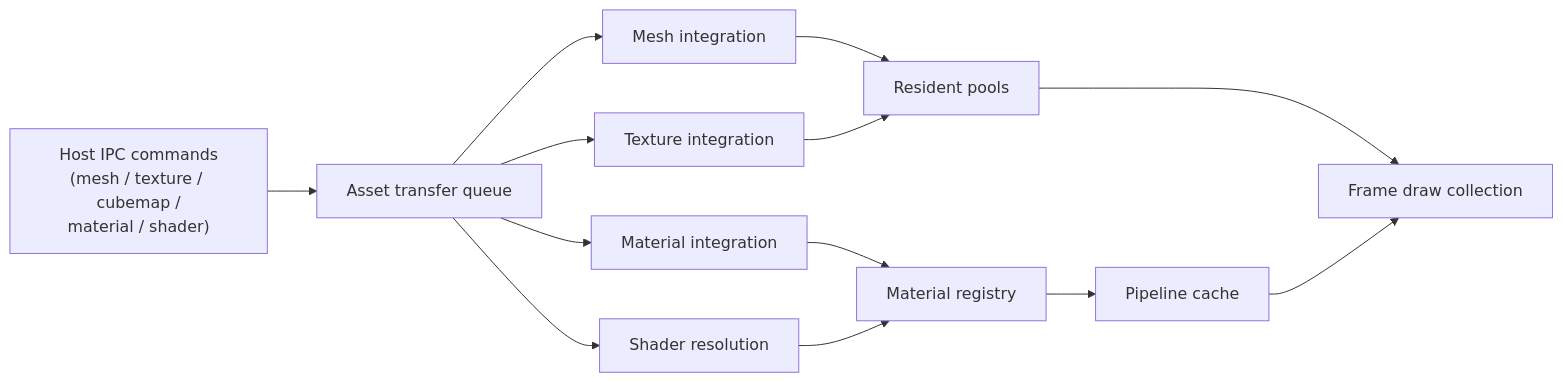
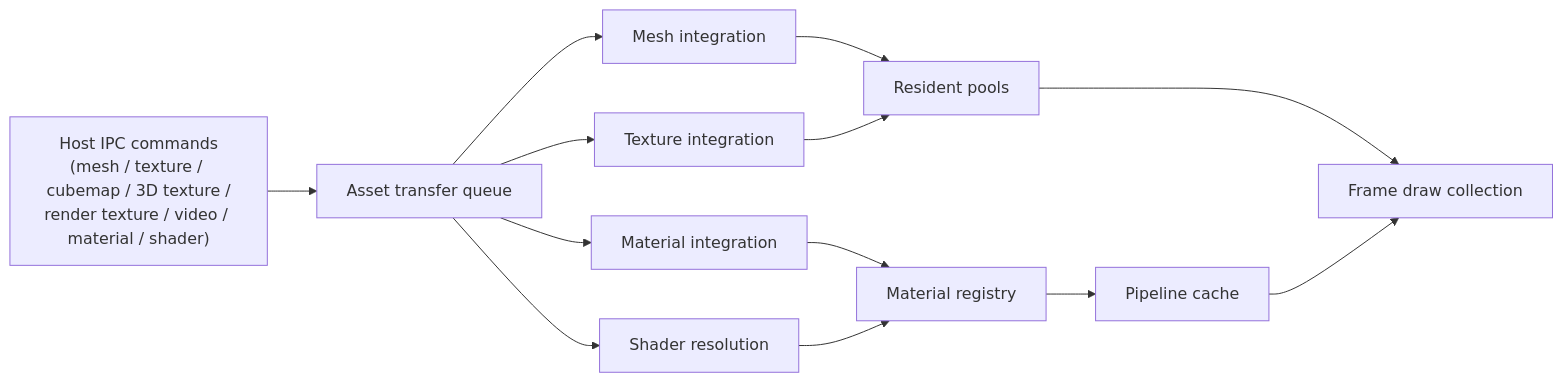
Before and after one commit to DoubleStyx/Renderide: the seventh of 10 diagrams in CONTRIBUTING.md, drawn with Mermaid. The commit also changed other lines of this file, not shown here.

````diff
--- a/CONTRIBUTING.md
+++ b/CONTRIBUTING.md
@@ -465,22 +489,22 @@
 ```mermaid
 flowchart LR
-    Host["Host IPC commands<br/>(mesh / texture / cubemap /<br/>material / shader)"]
+    Host["Host IPC commands<br/>(mesh / texture / cubemap / 3D texture /<br/>render texture / video / material / shader)"]
     AT[Asset transfer queue]
     Mesh[Mesh integration]
     Tex[Texture integration]
     Mat[Material integration]
     Sh[Shader resolution]
     Pool[Resident pools]
     Reg[Material registry]
     Cache[Pipeline cache]
     Frame[Frame draw collection]
 
     Host --> AT
     AT --> Mesh --> Pool
     AT --> Tex --> Pool
     AT --> Mat --> Reg
     AT --> Sh --> Reg
     Reg --> Cache
     Pool --> Frame
     Cache --> Frame
 ```
````
